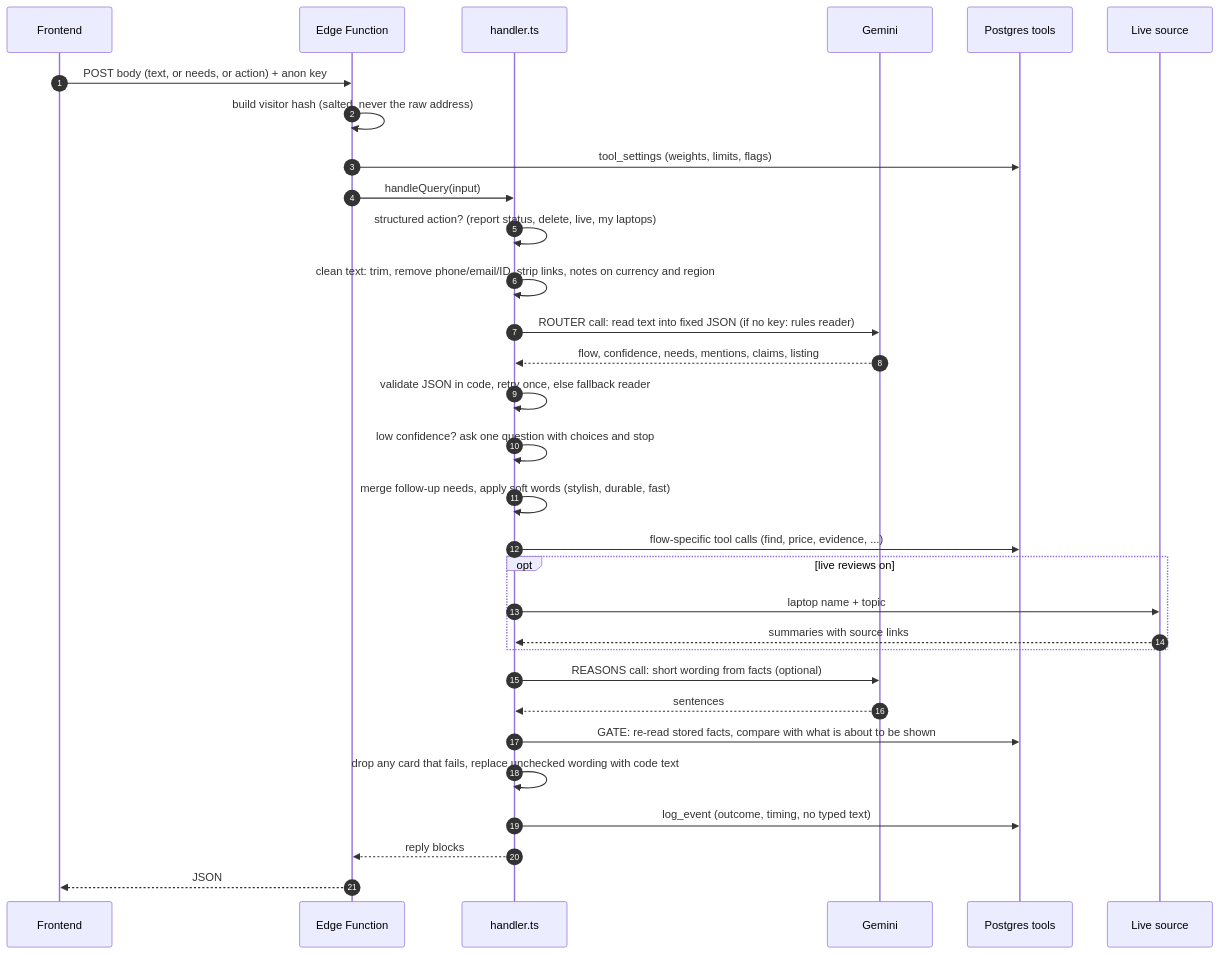
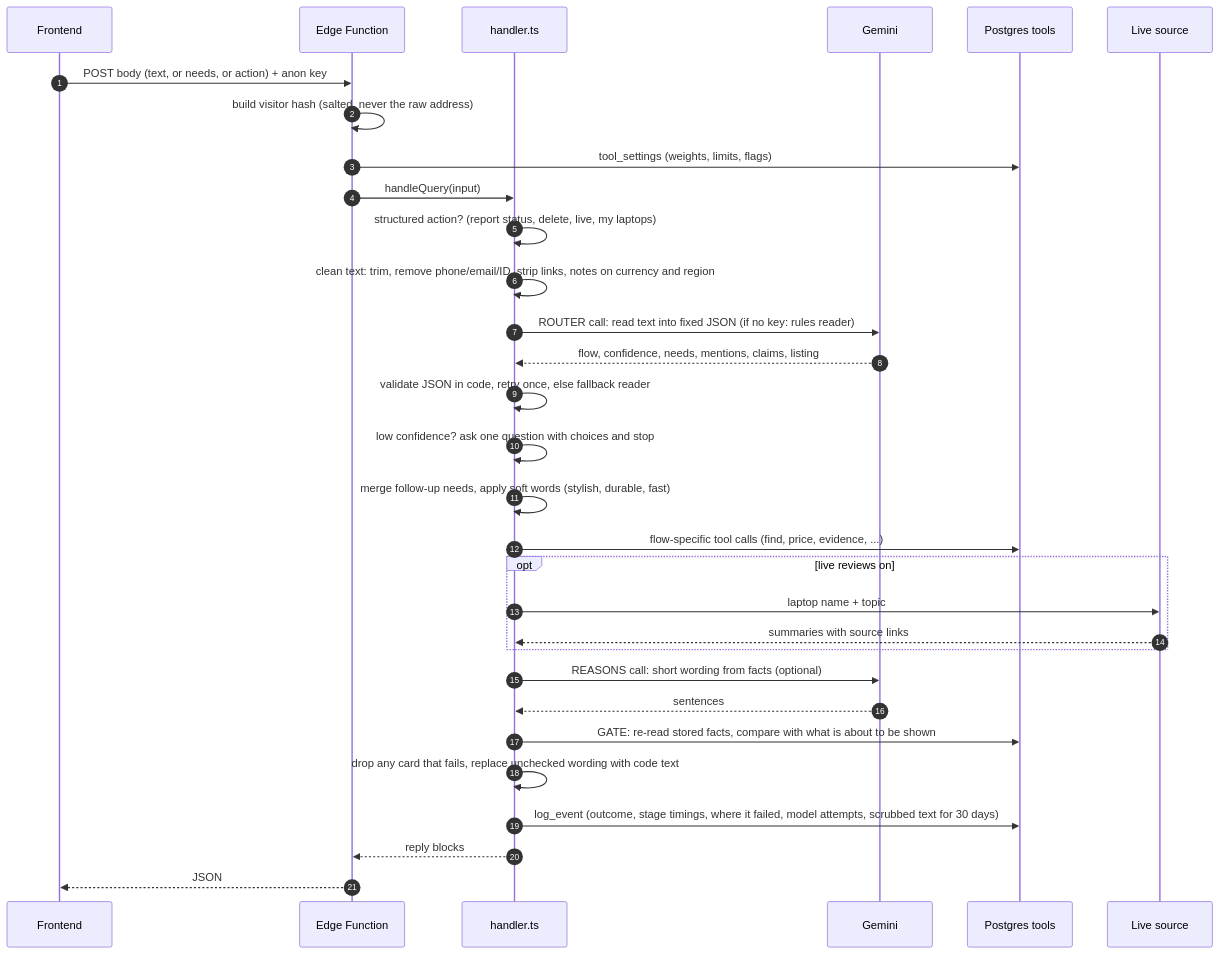
One commit to Atharvojha/AIforPMCapstoneProject_Team11 changed the second of 19 diagrams in lapfit-project/build-plan/04_ARCHITECTURE_DIAGRAMS.md. Above: the diagram before and after it, drawn with Mermaid. The commit also changed other lines of this file and 29 other files, not shown here.

````diff
--- a/lapfit-project/build-plan/04_ARCHITECTURE_DIAGRAMS.md
+++ b/lapfit-project/build-plan/04_ARCHITECTURE_DIAGRAMS.md
@@ -44,34 +44,34 @@
 ```mermaid
 sequenceDiagram
   autonumber
   participant FE as Frontend
   participant EF as Edge Function
   participant H as handler.ts
   participant M as Gemini
   participant DB as Postgres tools
   participant L as Live source
 
   FE->>EF: POST body (text, or needs, or action) + anon key
   EF->>EF: build visitor hash (salted, never the raw address)
   EF->>DB: tool_settings (weights, limits, flags)
   EF->>H: handleQuery(input)
   H->>H: structured action? (report status, delete, live, my laptops)
   H->>H: clean text: trim, remove phone/email/ID, strip links, notes on currency and region
   H->>M: ROUTER call: read text into fixed JSON (if no key: rules reader)
   M-->>H: flow, confidence, needs, mentions, claims, listing
   H->>H: validate JSON in code, retry once, else fallback reader
   H->>H: low confidence? ask one question with choices and stop
   H->>H: merge follow-up needs, apply soft words (stylish, durable, fast)
   H->>DB: flow-specific tool calls (find, price, evidence, ...)
   opt live reviews on
     H->>L: laptop name + topic
     L-->>H: summaries with source links
   end
   H->>M: REASONS call: short wording from facts (optional)
   M-->>H: sentences
   H->>DB: GATE: re-read stored facts, compare with what is about to be shown
   H->>H: drop any card that fails, replace unchecked wording with code text
-  H->>DB: log_event (outcome, timing, no typed text)
+  H->>DB: log_event (outcome, stage timings, where it failed, model attempts, scrubbed text for 30 days)
   H-->>EF: reply blocks
   EF-->>FE: JSON
 ```
````
